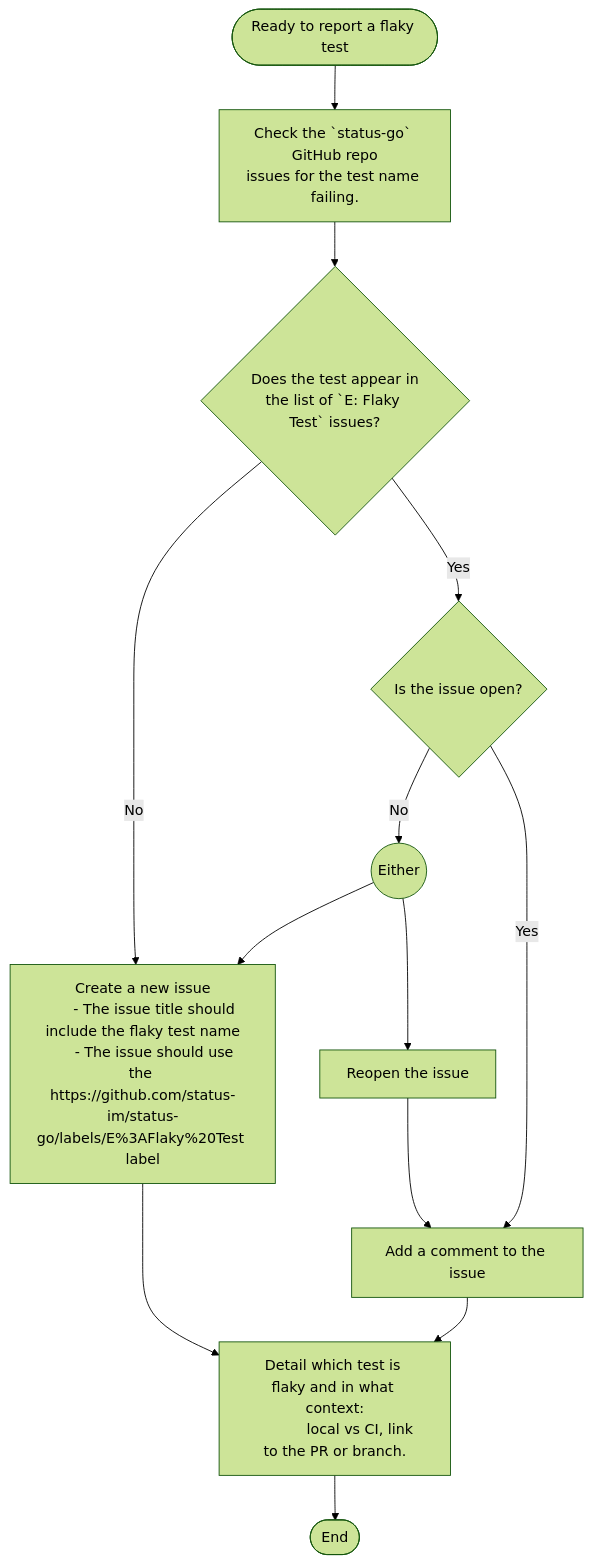
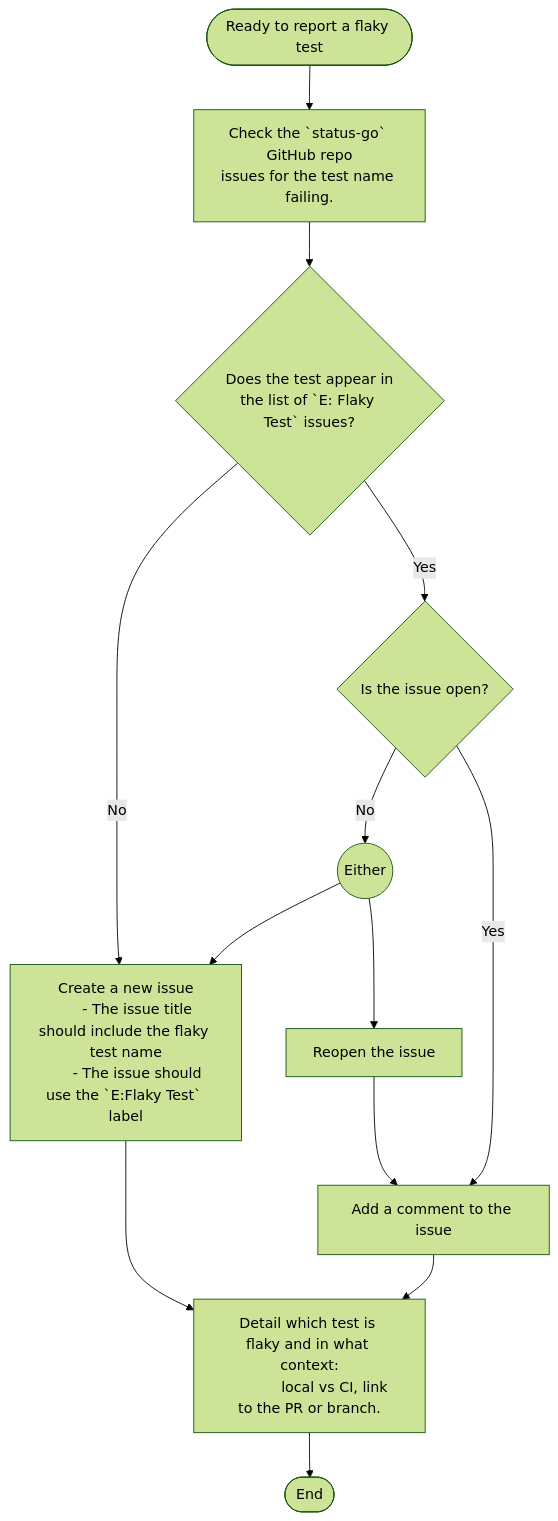
The second of 2 diagrams in _docs/policies/tests.md (status-im/status-go), drawn with Mermaid (forest theme) before and after one commit. The commit also changed other lines of this file, not shown here.

Commit message:
Fixed weird flow quirks

````diff
--- a/_docs/policies/tests.md
+++ b/_docs/policies/tests.md
@@ -70,23 +72,23 @@
 ```mermaid
 flowchart TB
     A([Ready to report a flaky test]) --> B[Check the `status-go` GitHub repo<br/>issues for the test name failing.]
     B --> C{Does the test appear in<br/>the list of `E: Flaky Test` issues?}
     C -->|No| D[
 	    Create a new issue
       - The issue title should include the flaky test name
-      - The issue should use the https://github.com/status-im/status-go/labels/E%3AFlaky%20Test label
-      ]
+      - The issue should use the `E:Flaky Test` label
+    ]
     D --> E[
 	    Detail which test is flaky and in what context:
 	    local vs CI, link to the PR or branch.
     ]
     E --> J
     C -->|Yes| F{Is the issue open?}
     F -->|No| G((Either))
     H --> E
     G --> I[Reopen the issue]
     G --> D
     I --> H
     F -->|Yes| H[Add a comment to the issue]
     J([End])
 ```
````
